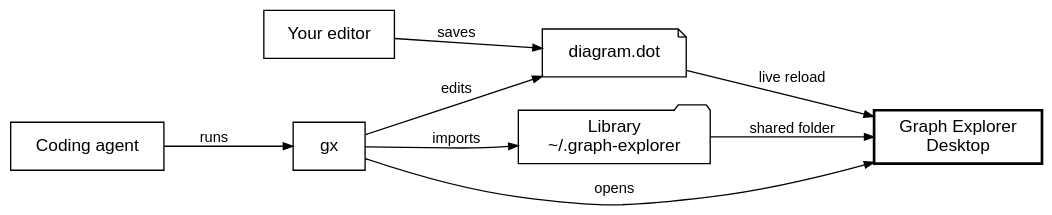
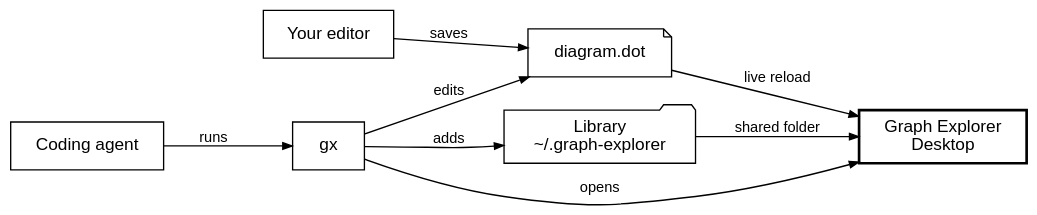
The diagram in site/flow.dot (jpablo/graph-explorer), drawn with Graphviz before and after one commit. The commit also changed 208 other files, not shown here.

First line of the commit message:
The file is the diagram, and gx has a verb for each command (#53)

```diff
--- a/site/flow.dot
+++ b/site/flow.dot
@@ -1,28 +1,28 @@
 // The diagram in the "desktop" section of the product page.
 //
 // site/index.html holds the SVG that Graphviz makes from this file. After a
 // change here, run `python3 site/flow-svg.py` and paste its output over the
 // <svg id="flow"> element in site/index.html.
 digraph flow {
   rankdir=LR
   nodesep=0.35
   ranksep=0.7
   bgcolor="transparent"
   node [shape=box fontname="Helvetica" fontsize=13 height=0.5 margin="0.18,0.08"]
   edge [fontname="Helvetica" fontsize=11 arrowsize=0.7]
 
   editor  [label="Your editor"]
   agent   [label="Coding agent"]
   file    [label="diagram.dot" shape=note]
   gx      [label="gx"]
   library [label="Library\n~/.graph-explorer" shape=folder]
   desktop [label="Graph Explorer\nDesktop" penwidth=2]
 
   editor  -> file    [label="saves"]
   agent   -> gx      [label="runs"]
   gx      -> file    [label="edits"]
-  gx      -> library [label="imports"]
+  gx      -> library [label="adds"]
   gx      -> desktop [label="opens"]
   file    -> desktop [label="live reload"]
   library -> desktop [label="shared folder"]
 }
```
